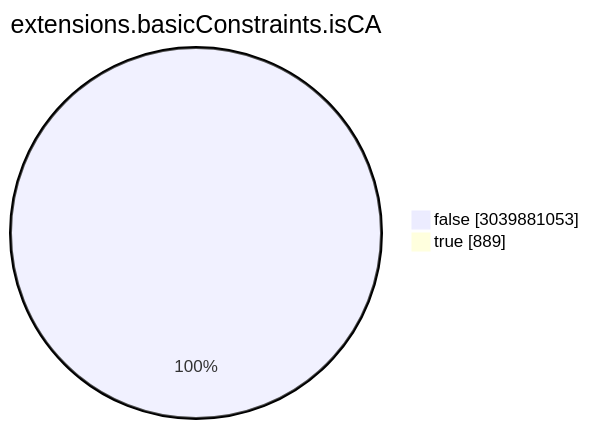
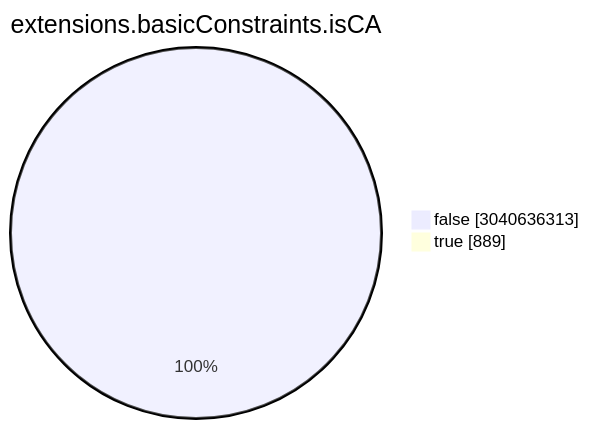
One commit to christiankrug/ctmonitor_visualization changed the seventh of 15 diagrams in TOTAL/README.md. Above: the diagram before and after it, drawn with Mermaid. The commit also changed other lines of this file, not shown here.

````diff
--- a/TOTAL/README.md
+++ b/TOTAL/README.md
@@ -3086,6 +3086,6 @@
 ```mermaid
 pie showData
 title extensions.basicConstraints.isCA
-"false" :3039881053
+"false" :3040636313
 "true" :889
 ```
````
